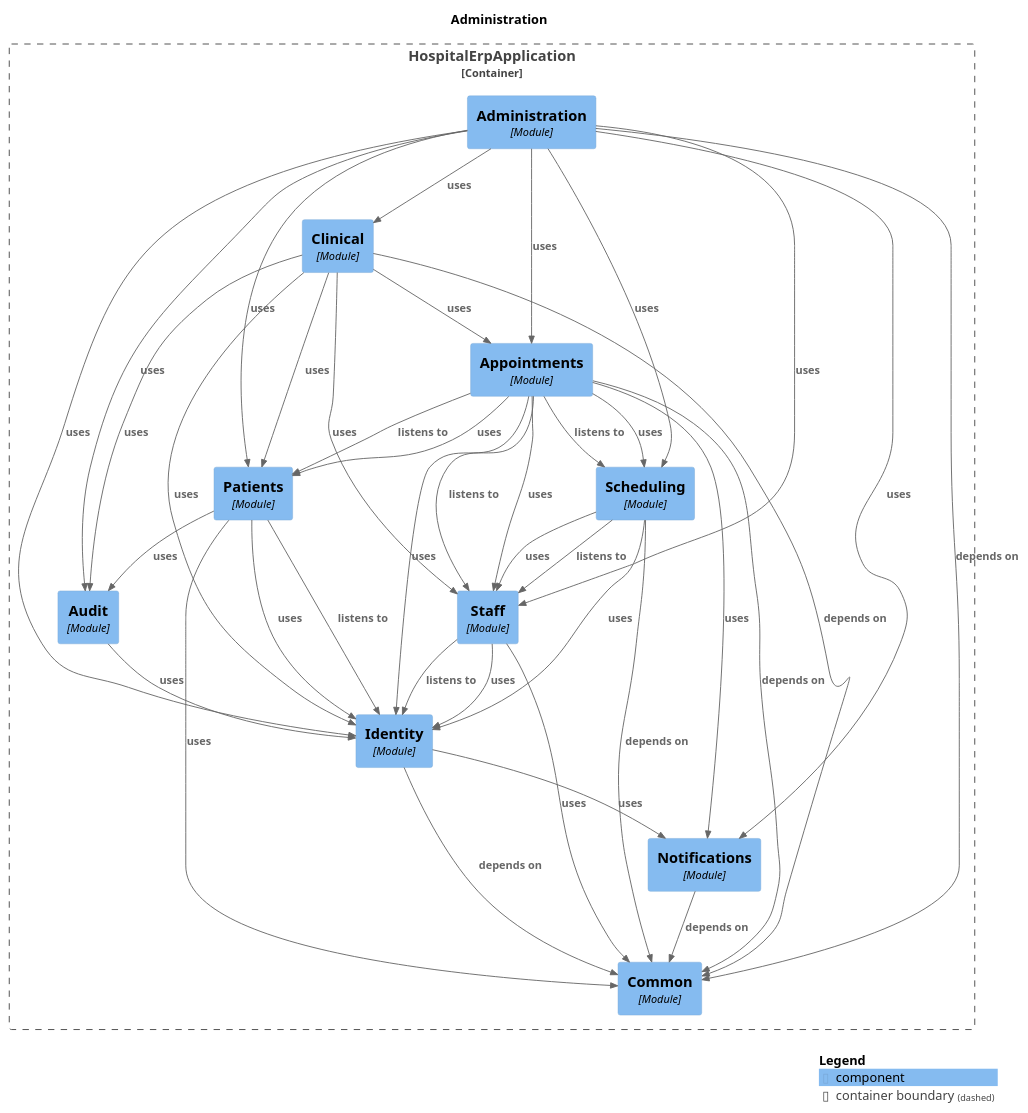
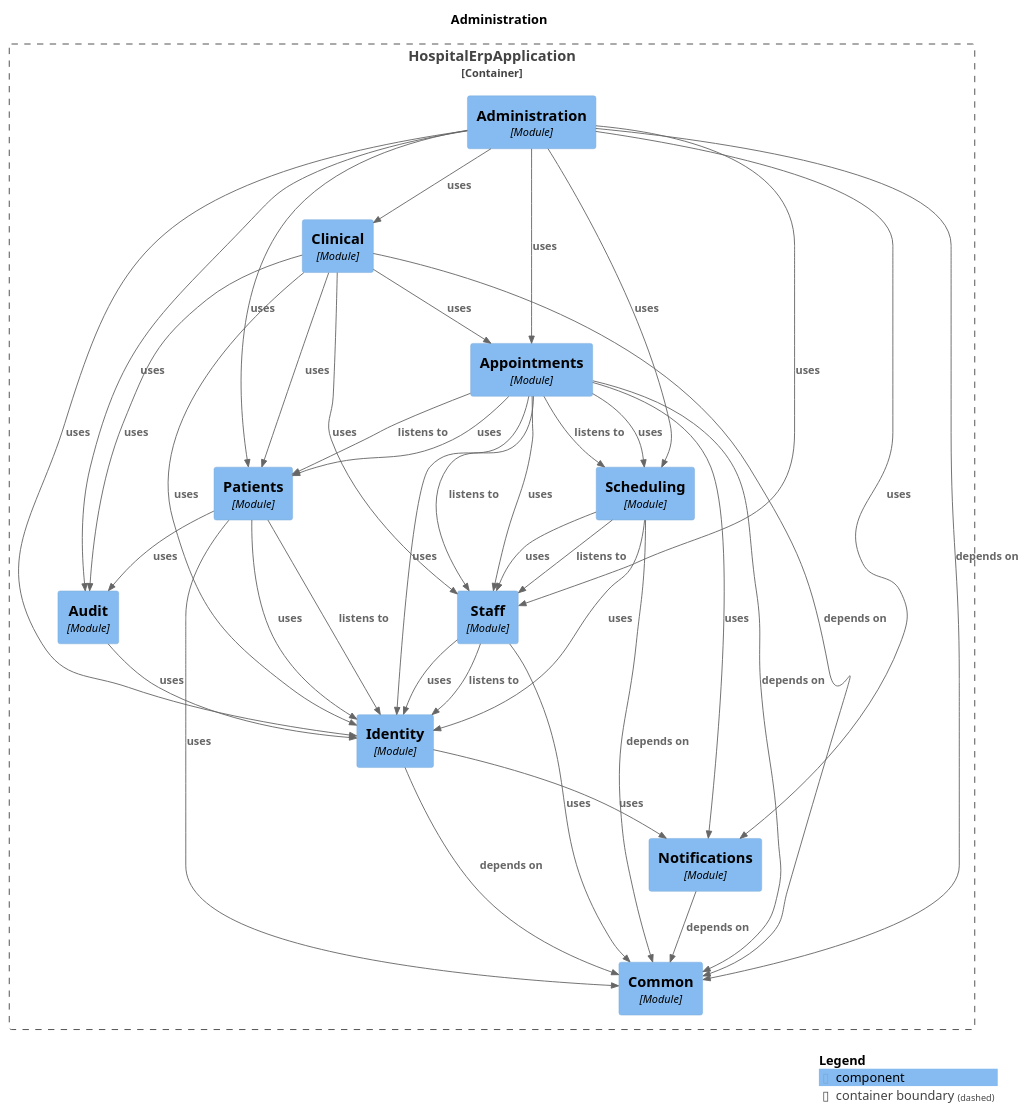
Before and after one commit to harshsharma5720/HospitalERP: the diagram in docs/modules/module-administration.puml, drawn with PlantUML. The commit also changed other lines of this file and 31 other files, not shown here.

```diff
--- a/docs/modules/module-administration.puml
+++ b/docs/modules/module-administration.puml
@@ -1,65 +1,65 @@
 @startuml
 set separator none
 title Administration
 
 top to bottom direction
 
 !include <C4/C4>
 !include <C4/C4_Context>
 !include <C4/C4_Component>
 
 Container_Boundary("HospitalErpApplication.HospitalErpApplication_boundary", "HospitalErpApplication", $tags="") {
   Component(HospitalErpApplication.HospitalErpApplication.Appointments, "Appointments", $techn="Module", $descr="", $tags="", $link="")
   Component(HospitalErpApplication.HospitalErpApplication.Clinical, "Clinical", $techn="Module", $descr="", $tags="", $link="")
   Component(HospitalErpApplication.HospitalErpApplication.Administration, "Administration", $techn="Module", $descr="", $tags="", $link="")
   Component(HospitalErpApplication.HospitalErpApplication.Common, "Common", $techn="Module", $descr="", $tags="", $link="")
   Component(HospitalErpApplication.HospitalErpApplication.Notifications, "Notifications", $techn="Module", $descr="", $tags="", $link="")
   Component(HospitalErpApplication.HospitalErpApplication.Identity, "Identity", $techn="Module", $descr="", $tags="", $link="")
   Component(HospitalErpApplication.HospitalErpApplication.Audit, "Audit", $techn="Module", $descr="", $tags="", $link="")
   Component(HospitalErpApplication.HospitalErpApplication.Staff, "Staff", $techn="Module", $descr="", $tags="", $link="")
   Component(HospitalErpApplication.HospitalErpApplication.Patients, "Patients", $techn="Module", $descr="", $tags="", $link="")
   Component(HospitalErpApplication.HospitalErpApplication.Scheduling, "Scheduling", $techn="Module", $descr="", $tags="", $link="")
 }
 
-Rel(HospitalErpApplication.HospitalErpApplication.Staff, HospitalErpApplication.HospitalErpApplication.Identity, "uses", $techn="", $tags="", $link="")
-Rel(HospitalErpApplication.HospitalErpApplication.Staff, HospitalErpApplication.HospitalErpApplication.Common, "uses", $techn="", $tags="", $link="")
-Rel(HospitalErpApplication.HospitalErpApplication.Audit, HospitalErpApplication.HospitalErpApplication.Identity, "uses", $techn="", $tags="", $link="")
-Rel(HospitalErpApplication.HospitalErpApplication.Clinical, HospitalErpApplication.HospitalErpApplication.Common, "depends on", $techn="", $tags="", $link="")
-Rel(HospitalErpApplication.HospitalErpApplication.Clinical, HospitalErpApplication.HospitalErpApplication.Appointments, "uses", $techn="", $tags="", $link="")
-Rel(HospitalErpApplication.HospitalErpApplication.Clinical, HospitalErpApplication.HospitalErpApplication.Staff, "uses", $techn="", $tags="", $link="")
-Rel(HospitalErpApplication.HospitalErpApplication.Clinical, HospitalErpApplication.HospitalErpApplication.Patients, "uses", $techn="", $tags="", $link="")
-Rel(HospitalErpApplication.HospitalErpApplication.Clinical, HospitalErpApplication.HospitalErpApplication.Identity, "uses", $techn="", $tags="", $link="")
-Rel(HospitalErpApplication.HospitalErpApplication.Clinical, HospitalErpApplication.HospitalErpApplication.Audit, "uses", $techn="", $tags="", $link="")
-Rel(HospitalErpApplication.HospitalErpApplication.Scheduling, HospitalErpApplication.HospitalErpApplication.Staff, "listens to", $techn="", $tags="", $link="")
-Rel(HospitalErpApplication.HospitalErpApplication.Scheduling, HospitalErpApplication.HospitalErpApplication.Common, "depends on", $techn="", $tags="", $link="")
-Rel(HospitalErpApplication.HospitalErpApplication.Scheduling, HospitalErpApplication.HospitalErpApplication.Staff, "uses", $techn="", $tags="", $link="")
-Rel(HospitalErpApplication.HospitalErpApplication.Scheduling, HospitalErpApplication.HospitalErpApplication.Identity, "uses", $techn="", $tags="", $link="")
+Rel(HospitalErpApplication.HospitalErpApplication.Identity, HospitalErpApplication.HospitalErpApplication.Common, "depends on", $techn="", $tags="", $link="")
+Rel(HospitalErpApplication.HospitalErpApplication.Identity, HospitalErpApplication.HospitalErpApplication.Notifications, "uses", $techn="", $tags="", $link="")
 Rel(HospitalErpApplication.HospitalErpApplication.Appointments, HospitalErpApplication.HospitalErpApplication.Staff, "listens to", $techn="", $tags="", $link="")
 Rel(HospitalErpApplication.HospitalErpApplication.Appointments, HospitalErpApplication.HospitalErpApplication.Patients, "listens to", $techn="", $tags="", $link="")
 Rel(HospitalErpApplication.HospitalErpApplication.Appointments, HospitalErpApplication.HospitalErpApplication.Scheduling, "listens to", $techn="", $tags="", $link="")
 Rel(HospitalErpApplication.HospitalErpApplication.Appointments, HospitalErpApplication.HospitalErpApplication.Common, "depends on", $techn="", $tags="", $link="")
 Rel(HospitalErpApplication.HospitalErpApplication.Appointments, HospitalErpApplication.HospitalErpApplication.Patients, "uses", $techn="", $tags="", $link="")
 Rel(HospitalErpApplication.HospitalErpApplication.Appointments, HospitalErpApplication.HospitalErpApplication.Staff, "uses", $techn="", $tags="", $link="")
 Rel(HospitalErpApplication.HospitalErpApplication.Appointments, HospitalErpApplication.HospitalErpApplication.Scheduling, "uses", $techn="", $tags="", $link="")
 Rel(HospitalErpApplication.HospitalErpApplication.Appointments, HospitalErpApplication.HospitalErpApplication.Identity, "uses", $techn="", $tags="", $link="")
 Rel(HospitalErpApplication.HospitalErpApplication.Appointments, HospitalErpApplication.HospitalErpApplication.Notifications, "uses", $techn="", $tags="", $link="")
-Rel(HospitalErpApplication.HospitalErpApplication.Patients, HospitalErpApplication.HospitalErpApplication.Identity, "listens to", $techn="", $tags="", $link="")
-Rel(HospitalErpApplication.HospitalErpApplication.Patients, HospitalErpApplication.HospitalErpApplication.Identity, "uses", $techn="", $tags="", $link="")
-Rel(HospitalErpApplication.HospitalErpApplication.Patients, HospitalErpApplication.HospitalErpApplication.Common, "uses", $techn="", $tags="", $link="")
-Rel(HospitalErpApplication.HospitalErpApplication.Patients, HospitalErpApplication.HospitalErpApplication.Audit, "uses", $techn="", $tags="", $link="")
-Rel(HospitalErpApplication.HospitalErpApplication.Identity, HospitalErpApplication.HospitalErpApplication.Common, "depends on", $techn="", $tags="", $link="")
-Rel(HospitalErpApplication.HospitalErpApplication.Identity, HospitalErpApplication.HospitalErpApplication.Notifications, "uses", $techn="", $tags="", $link="")
+Rel(HospitalErpApplication.HospitalErpApplication.Staff, HospitalErpApplication.HospitalErpApplication.Identity, "listens to", $techn="", $tags="", $link="")
+Rel(HospitalErpApplication.HospitalErpApplication.Staff, HospitalErpApplication.HospitalErpApplication.Identity, "uses", $techn="", $tags="", $link="")
+Rel(HospitalErpApplication.HospitalErpApplication.Staff, HospitalErpApplication.HospitalErpApplication.Common, "uses", $techn="", $tags="", $link="")
+Rel(HospitalErpApplication.HospitalErpApplication.Notifications, HospitalErpApplication.HospitalErpApplication.Common, "depends on", $techn="", $tags="", $link="")
+Rel(HospitalErpApplication.HospitalErpApplication.Clinical, HospitalErpApplication.HospitalErpApplication.Common, "depends on", $techn="", $tags="", $link="")
+Rel(HospitalErpApplication.HospitalErpApplication.Clinical, HospitalErpApplication.HospitalErpApplication.Appointments, "uses", $techn="", $tags="", $link="")
+Rel(HospitalErpApplication.HospitalErpApplication.Clinical, HospitalErpApplication.HospitalErpApplication.Staff, "uses", $techn="", $tags="", $link="")
+Rel(HospitalErpApplication.HospitalErpApplication.Clinical, HospitalErpApplication.HospitalErpApplication.Patients, "uses", $techn="", $tags="", $link="")
+Rel(HospitalErpApplication.HospitalErpApplication.Clinical, HospitalErpApplication.HospitalErpApplication.Identity, "uses", $techn="", $tags="", $link="")
+Rel(HospitalErpApplication.HospitalErpApplication.Clinical, HospitalErpApplication.HospitalErpApplication.Audit, "uses", $techn="", $tags="", $link="")
 Rel(HospitalErpApplication.HospitalErpApplication.Administration, HospitalErpApplication.HospitalErpApplication.Common, "depends on", $techn="", $tags="", $link="")
 Rel(HospitalErpApplication.HospitalErpApplication.Administration, HospitalErpApplication.HospitalErpApplication.Identity, "uses", $techn="", $tags="", $link="")
 Rel(HospitalErpApplication.HospitalErpApplication.Administration, HospitalErpApplication.HospitalErpApplication.Patients, "uses", $techn="", $tags="", $link="")
 Rel(HospitalErpApplication.HospitalErpApplication.Administration, HospitalErpApplication.HospitalErpApplication.Staff, "uses", $techn="", $tags="", $link="")
 Rel(HospitalErpApplication.HospitalErpApplication.Administration, HospitalErpApplication.HospitalErpApplication.Audit, "uses", $techn="", $tags="", $link="")
 Rel(HospitalErpApplication.HospitalErpApplication.Administration, HospitalErpApplication.HospitalErpApplication.Appointments, "uses", $techn="", $tags="", $link="")
 Rel(HospitalErpApplication.HospitalErpApplication.Administration, HospitalErpApplication.HospitalErpApplication.Notifications, "uses", $techn="", $tags="", $link="")
 Rel(HospitalErpApplication.HospitalErpApplication.Administration, HospitalErpApplication.HospitalErpApplication.Clinical, "uses", $techn="", $tags="", $link="")
 Rel(HospitalErpApplication.HospitalErpApplication.Administration, HospitalErpApplication.HospitalErpApplication.Scheduling, "uses", $techn="", $tags="", $link="")
-Rel(HospitalErpApplication.HospitalErpApplication.Notifications, HospitalErpApplication.HospitalErpApplication.Common, "depends on", $techn="", $tags="", $link="")
-Rel(HospitalErpApplication.HospitalErpApplication.Staff, HospitalErpApplication.HospitalErpApplication.Identity, "listens to", $techn="", $tags="", $link="")
+Rel(HospitalErpApplication.HospitalErpApplication.Patients, HospitalErpApplication.HospitalErpApplication.Identity, "listens to", $techn="", $tags="", $link="")
+Rel(HospitalErpApplication.HospitalErpApplication.Patients, HospitalErpApplication.HospitalErpApplication.Identity, "uses", $techn="", $tags="", $link="")
+Rel(HospitalErpApplication.HospitalErpApplication.Patients, HospitalErpApplication.HospitalErpApplication.Common, "uses", $techn="", $tags="", $link="")
+Rel(HospitalErpApplication.HospitalErpApplication.Patients, HospitalErpApplication.HospitalErpApplication.Audit, "uses", $techn="", $tags="", $link="")
+Rel(HospitalErpApplication.HospitalErpApplication.Audit, HospitalErpApplication.HospitalErpApplication.Identity, "uses", $techn="", $tags="", $link="")
+Rel(HospitalErpApplication.HospitalErpApplication.Scheduling, HospitalErpApplication.HospitalErpApplication.Staff, "listens to", $techn="", $tags="", $link="")
+Rel(HospitalErpApplication.HospitalErpApplication.Scheduling, HospitalErpApplication.HospitalErpApplication.Common, "depends on", $techn="", $tags="", $link="")
+Rel(HospitalErpApplication.HospitalErpApplication.Scheduling, HospitalErpApplication.HospitalErpApplication.Staff, "uses", $techn="", $tags="", $link="")
+Rel(HospitalErpApplication.HospitalErpApplication.Scheduling, HospitalErpApplication.HospitalErpApplication.Identity, "uses", $techn="", $tags="", $link="")
 
 SHOW_LEGEND(true)
 @enduml
```
